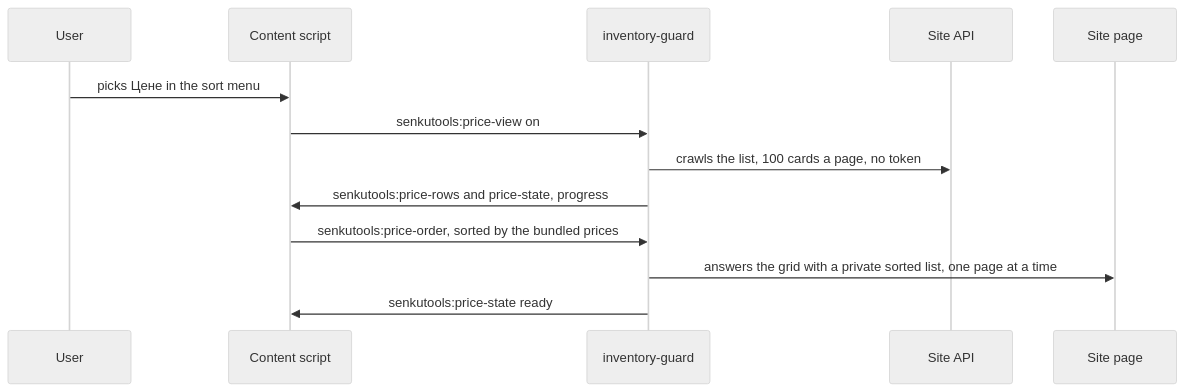
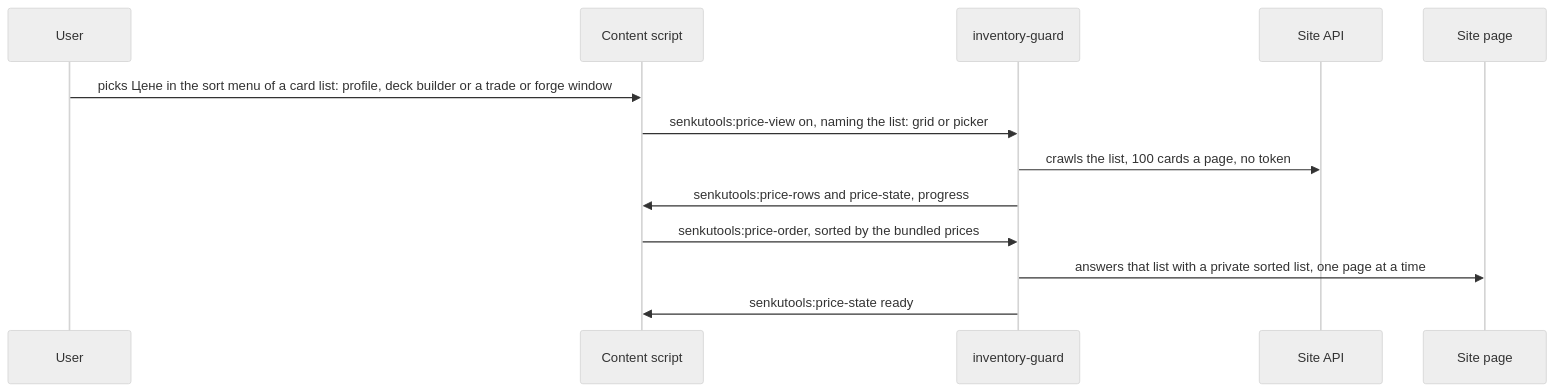
Before and after one commit to Antawq/senkuro-tools: the second of 8 diagrams in docs/architecture.md, drawn with Mermaid (neutral theme). The commit also changed 1 other file, not shown here.

Commit message:
chore: update price sort diagrams

````diff
--- a/docs/architecture.md
+++ b/docs/architecture.md
@@ -41,15 +41,15 @@
 ```mermaid
 sequenceDiagram
   participant U as User
   participant C as Content script
   participant G as inventory-guard
   participant A as Site API
   participant S as Site page
-  U->>C: picks Цене in the sort menu
-  C->>G: senkutools:price-view on
+  U->>C: picks Цене in the sort menu of a card list: profile, deck builder or a trade or forge window
+  C->>G: senkutools:price-view on, naming the list: grid or picker
   G->>A: crawls the list, 100 cards a page, no token
   G->>C: senkutools:price-rows and price-state, progress
   C->>G: senkutools:price-order, sorted by the bundled prices
-  G->>S: answers the grid with a private sorted list, one page at a time
+  G->>S: answers that list with a private sorted list, one page at a time
   G->>C: senkutools:price-state ready
 ```
````
